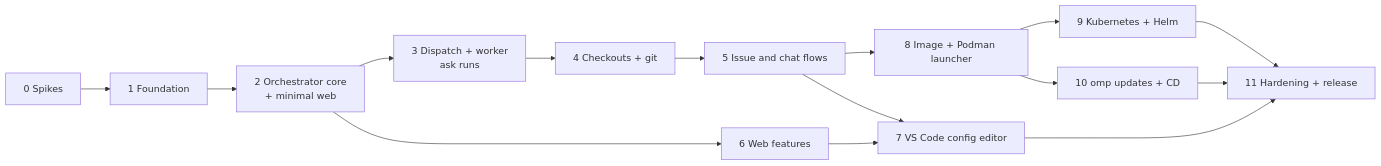
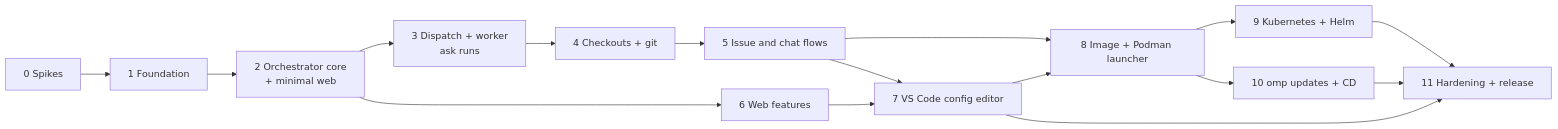
Before and after one commit to factotuminok/AgentBot: the diagram in wiki/implementation.md, drawn with Mermaid. The commit also changed other lines of this file and 2 other files, not shown here.

````diff
--- a/wiki/implementation.md
+++ b/wiki/implementation.md
@@ -58,17 +58,18 @@
 ```mermaid
 flowchart LR
     P0[0 Spikes] --> P1[1 Foundation]
     P1 --> P2[2 Orchestrator core<br/>+ minimal web]
     P2 --> P3[3 Dispatch + worker<br/>ask runs]
     P3 --> P4[4 Checkouts + git]
     P4 --> P5[5 Issue and chat flows]
     P2 --> P6[6 Web features]
     P5 --> P7[7 VS Code config editor]
     P6 --> P7
     P5 --> P8[8 Image + Podman launcher]
+    P7 --> P8
     P8 --> P9[9 Kubernetes + Helm]
     P8 --> P10[10 omp updates + CD]
     P9 --> P11[11 Hardening + release]
     P10 --> P11
     P7 --> P11
 ```
````
